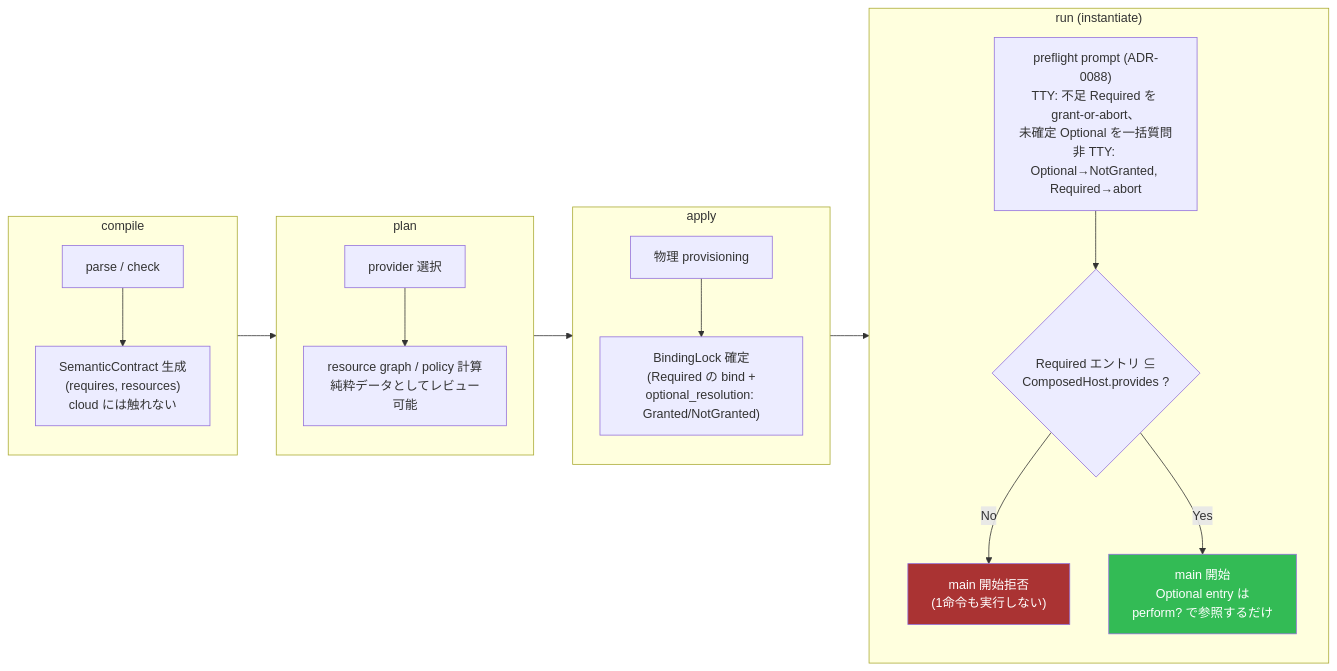
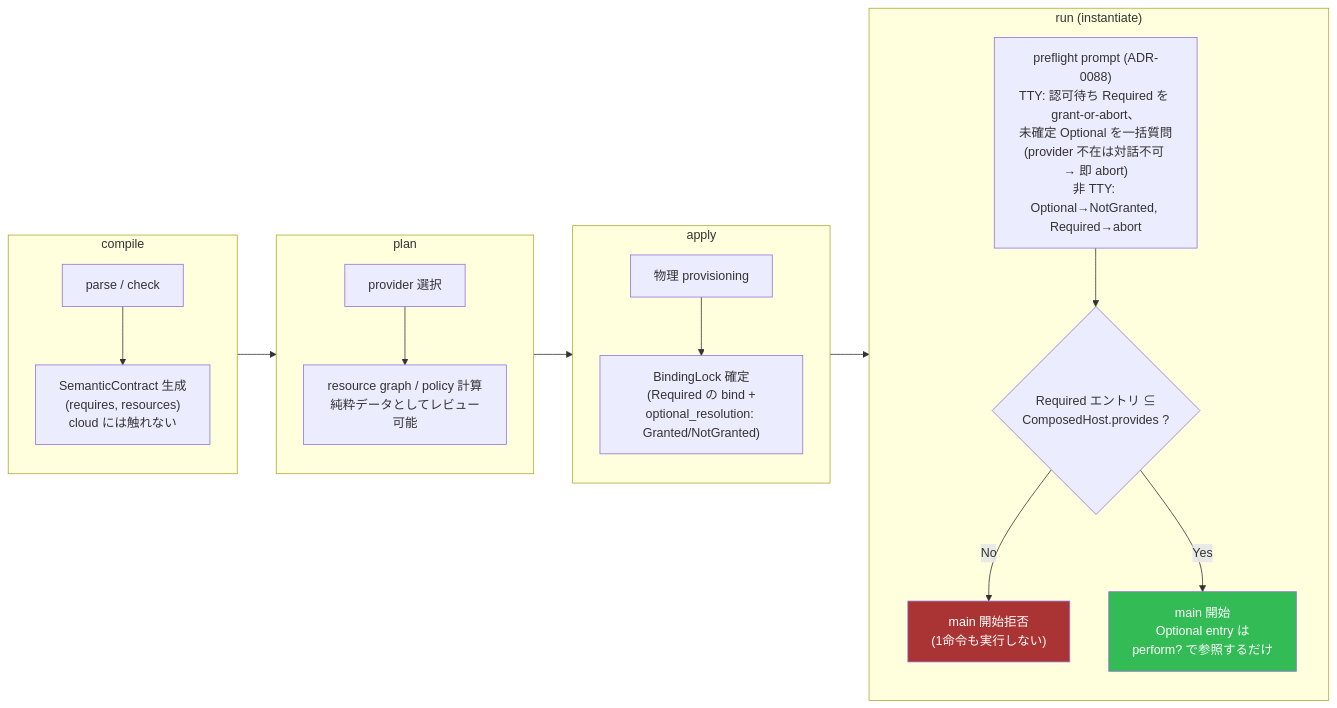
One commit to mizchi/vibe-lang changed the third of 3 diagrams in docs/effect-taxonomy-review.md. Above: the diagram before and after it, drawn with Mermaid. The commit also changed other lines of this file and 3 other files, not shown here.

````diff
--- a/docs/effect-taxonomy-review.md
+++ b/docs/effect-taxonomy-review.md
@@ -415,35 +416,35 @@
 ```mermaid
 flowchart LR
     subgraph Compile["compile"]
         C1["parse / check"]
         C2["SemanticContract 生成\n(requires, resources)\ncloud には触れない"]
         C1 --> C2
     end
 
     subgraph Plan["plan"]
         P1["provider 選択"]
         P2["resource graph / policy 計算\n純粋データとしてレビュー可能"]
         P1 --> P2
     end
 
     subgraph Apply["apply"]
         A1["物理 provisioning"]
         A2["BindingLock 確定\n(Required の bind +\noptional_resolution: Granted/NotGranted)"]
         A1 --> A2
     end
 
     subgraph Run["run (instantiate)"]
-        R0["preflight prompt (ADR-0088)\nTTY: 不足 Required を grant-or-abort、\n未確定 Optional を一括質問\n非 TTY: Optional→NotGranted, Required→abort"]
+        R0["preflight prompt (ADR-0088)\nTTY: 認可待ち Required を grant-or-abort、\n未確定 Optional を一括質問\n(provider 不在は対話不可 → 即 abort)\n非 TTY: Optional→NotGranted, Required→abort"]
         R1{"Required エントリ ⊆\nComposedHost.provides ?"}
         R2["main 開始拒否\n(1命令も実行しない)"]
         R3["main 開始\nOptional entry は\nperform? で参照するだけ"]
         R0 --> R1
         R1 -->|No| R2
         R1 -->|Yes| R3
     end
 
     Compile --> Plan --> Apply --> Run
 
     style R2 fill:#a33,color:#fff
     style R3 fill:#3b5,color:#fff
 ```
````
